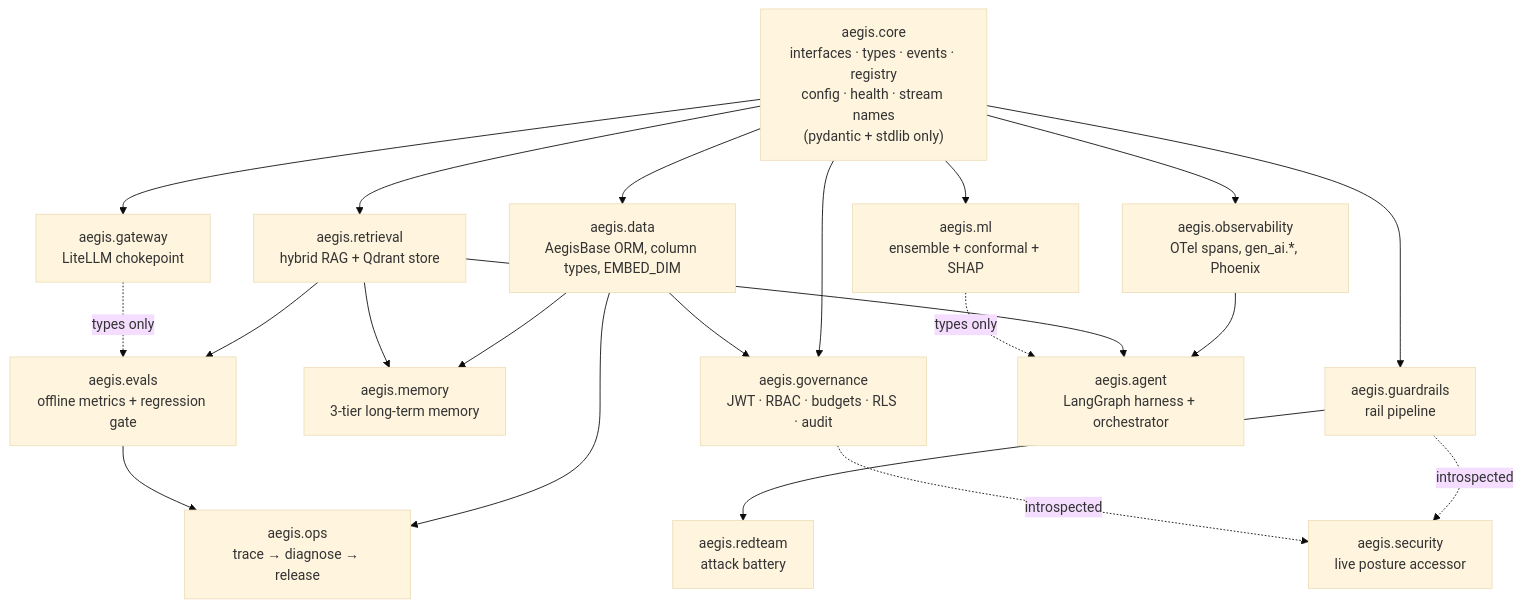
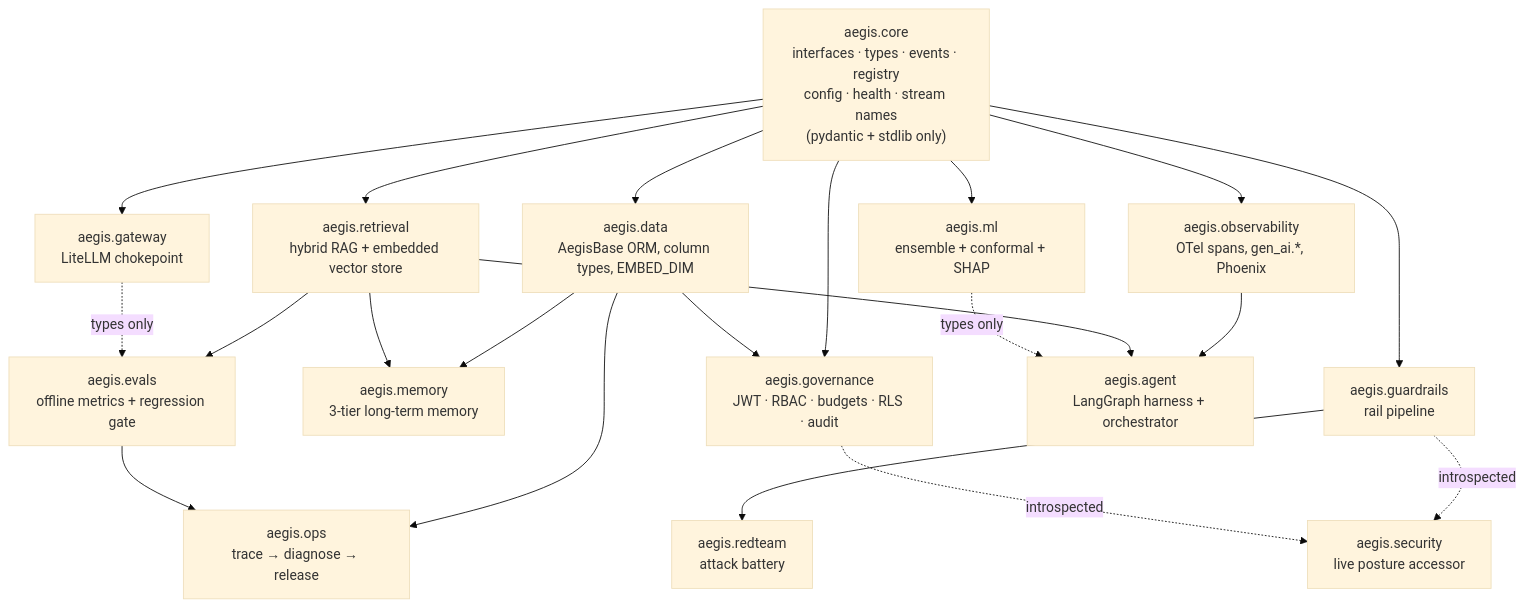
Before and after one commit to yrevash/aegis: the second of 6 diagrams in docs/learn/10-architecture.md, drawn with Mermaid (base theme). The commit also changed other lines of this file and 79 other files, not shown here.

````diff
--- a/docs/learn/10-architecture.md
+++ b/docs/learn/10-architecture.md
@@ -77,32 +77,32 @@
 ```mermaid
 flowchart TB
     CORE["aegis.core<br/>interfaces · types · events · registry<br/>config · health · stream names<br/>(pydantic + stdlib only)"]
 
     DATA["aegis.data<br/>AegisBase ORM, column types, EMBED_DIM"]
     OBS["aegis.observability<br/>OTel spans, gen_ai.*, Phoenix"]
     GW["aegis.gateway<br/>LiteLLM chokepoint"]
     GR["aegis.guardrails<br/>rail pipeline"]
-    RET["aegis.retrieval<br/>hybrid RAG + Qdrant store"]
+    RET["aegis.retrieval<br/>hybrid RAG + embedded vector store"]
     MEM["aegis.memory<br/>3-tier long-term memory"]
     ML["aegis.ml<br/>ensemble + conformal + SHAP"]
     GOV["aegis.governance<br/>JWT · RBAC · budgets · RLS · audit"]
     EV["aegis.evals<br/>offline metrics + regression gate"]
     OPS["aegis.ops<br/>trace → diagnose → release"]
     AG["aegis.agent<br/>LangGraph harness + orchestrator"]
     RT["aegis.redteam<br/>attack battery"]
     SEC["aegis.security<br/>live posture accessor"]
 
     CORE --> DATA & OBS & GW & GR & ML & GOV
     CORE --> RET
     DATA --> MEM & GOV & OPS
     RET --> MEM
     RET --> EV
     GW -.->|"types only"| EV
     EV --> OPS
     GR --> RT
     OBS --> AG
     RET --> AG
     ML -.->|"types only"| AG
     GR -.->|"introspected"| SEC
     GOV -.->|"introspected"| SEC
 ```
````
